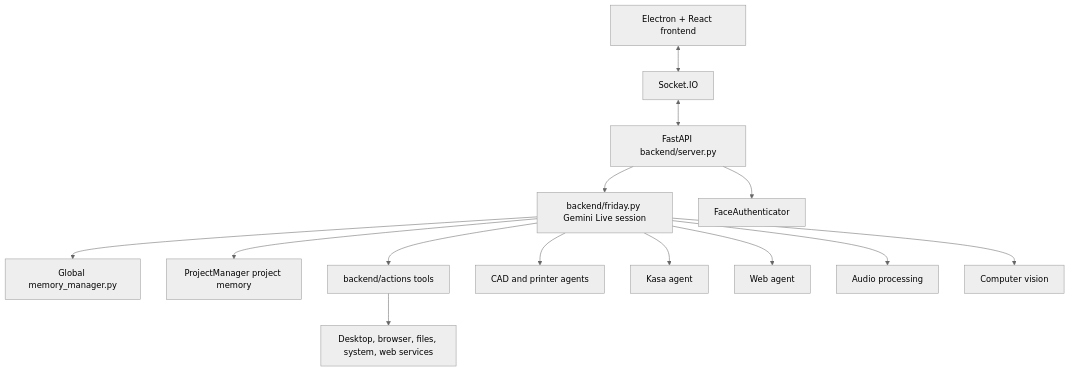
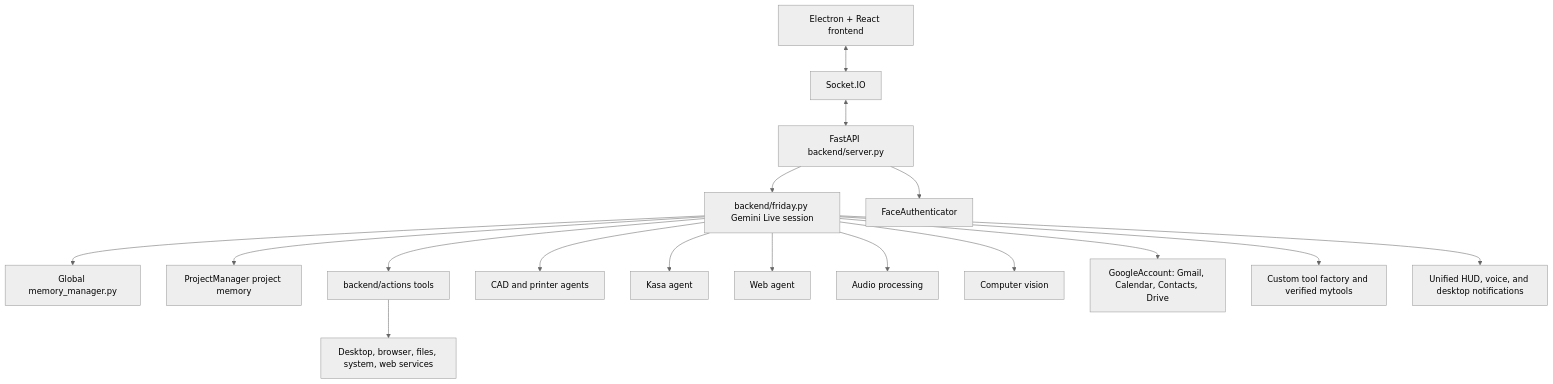
Before and after one commit to mazwisprojects/Friday-AI-Assistant: the diagram in README.md, drawn with Mermaid (neutral theme). The commit also changed other lines of this file and 1 other file, not shown here.

First line of the commit message:
Support large generated custom tools

````diff
--- a/README.md
+++ b/README.md
@@ -93,16 +104,19 @@
 ```mermaid
 graph TB
     UI[Electron + React frontend] <--> SIO[Socket.IO]
     SIO <--> SERVER[FastAPI backend/server.py]
     SERVER --> CORE[backend/friday.py Gemini Live session]
     CORE --> MEMORY[Global memory_manager.py]
     CORE --> PROJECTS[ProjectManager project memory]
     CORE --> ACTIONS[backend/actions tools]
     CORE --> CAD[CAD and printer agents]
     CORE --> KASA[Kasa agent]
     CORE --> WEB[Web agent]
     CORE --> AUDIO[Audio processing]
     CORE --> VISION[Computer vision]
     SERVER --> AUTH[FaceAuthenticator]
     ACTIONS --> OS[Desktop, browser, files, system, web services]
+    CORE --> GOOGLE[GoogleAccount: Gmail, Calendar, Contacts, Drive]
+    CORE --> TOOLS[Custom tool factory and verified mytools]
+    CORE --> NOTIFY[Unified HUD, voice, and desktop notifications]
 ```
````
